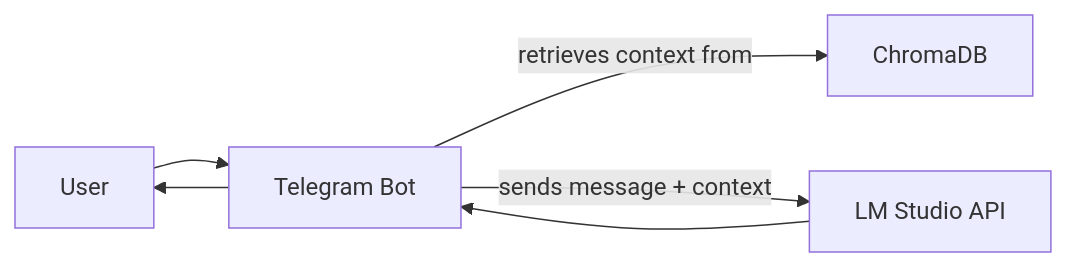
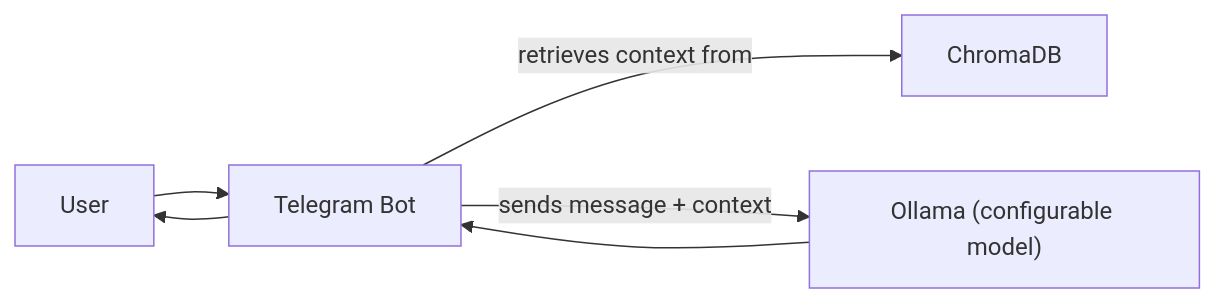
Before and after one commit to adnjoo/PrivateGPT: the diagram in README.md, drawn with Mermaid. The commit also changed other lines of this file and 1 other file, not shown here.

First line of the commit message:
ollama (#9)

````diff
--- a/README.md
+++ b/README.md
@@ -26,8 +28,8 @@
 ```mermaid
 flowchart LR
     User["User"] --> Bot["Telegram Bot"]
     Bot -- "retrieves context from" --> ChromaDB["ChromaDB"]
-    Bot -- "sends message + context" --> LMStudio["LM Studio API"]
-    LMStudio --> Bot
+    Bot -- "sends message + context" --> Ollama["Ollama (configurable model)"]
+    Ollama --> Bot
     Bot --> User
 ```
````
